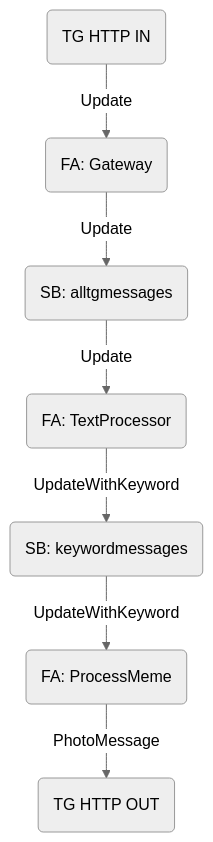
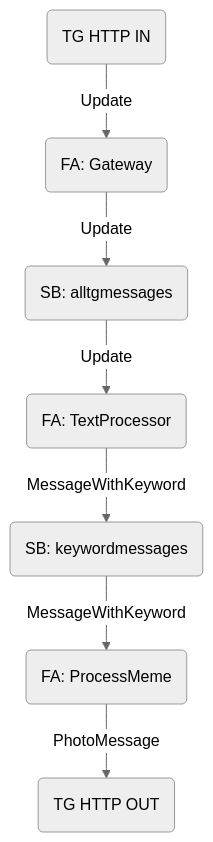
Before and after one commit to ArtemKiyashko/memesfinder-infrastructure: the diagram in README.md, drawn with Mermaid (neutral theme). The commit also changed other lines of this file, not shown here.

Commit message:
readme update

````diff
--- a/README.md
+++ b/README.md
@@ -40,18 +40,18 @@
 ```mermaid
 flowchart TD;
 
 A(TG HTTP IN);
 B(FA: Gateway);
 C(SB: alltgmessages)
 D(FA: TextProcessor)
 E(SB: keywordmessages)
 F(FA: ProcessMeme)
 Z(TG HTTP OUT)
 
 A -- Update --> B
 B -- Update --> C
 C -- Update --> D
-D -- UpdateWithKeyword --> E
-E -- UpdateWithKeyword --> F
+D -- MessageWithKeyword --> E
+E -- MessageWithKeyword --> F
 F -- PhotoMessage --> Z
 ```
````
